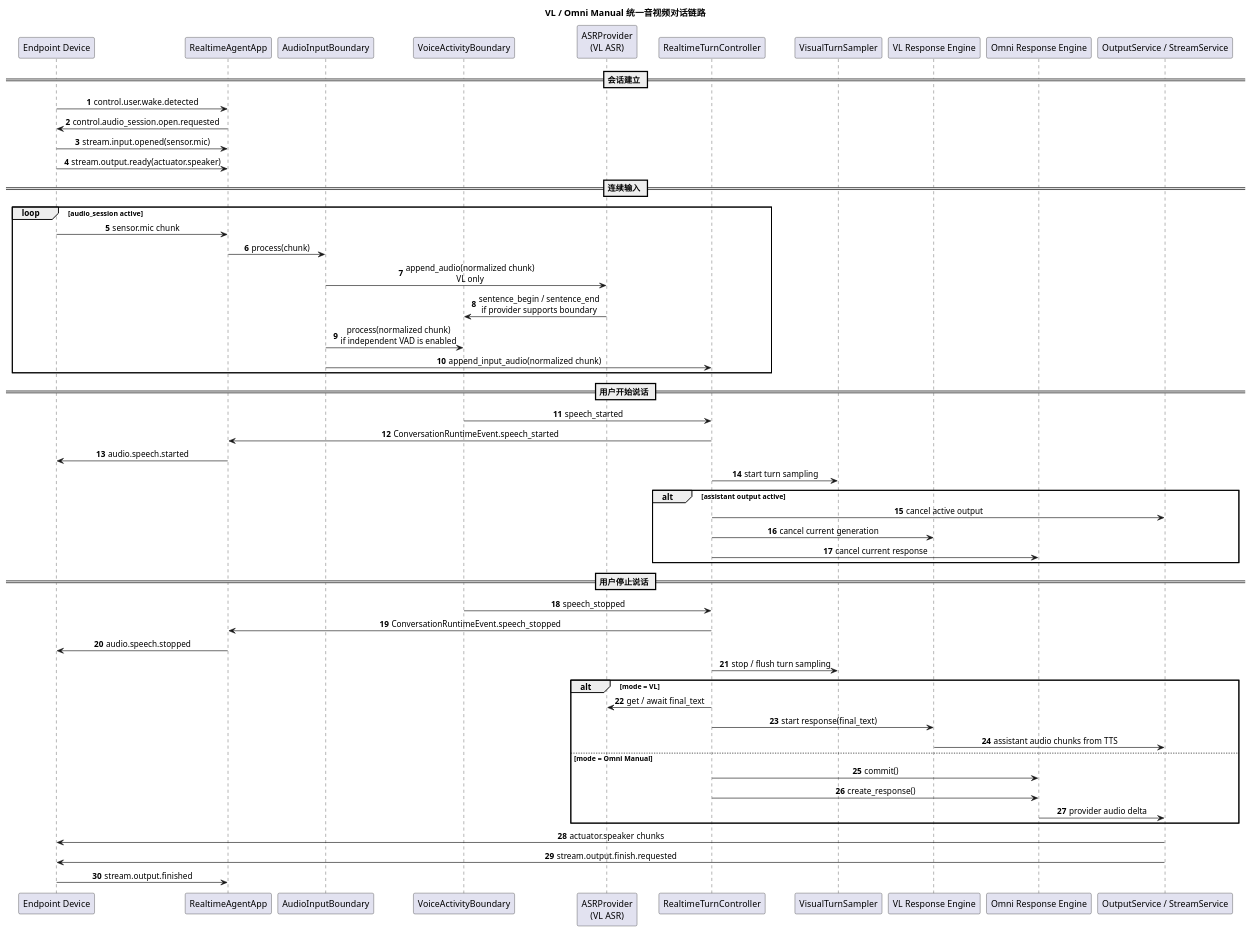
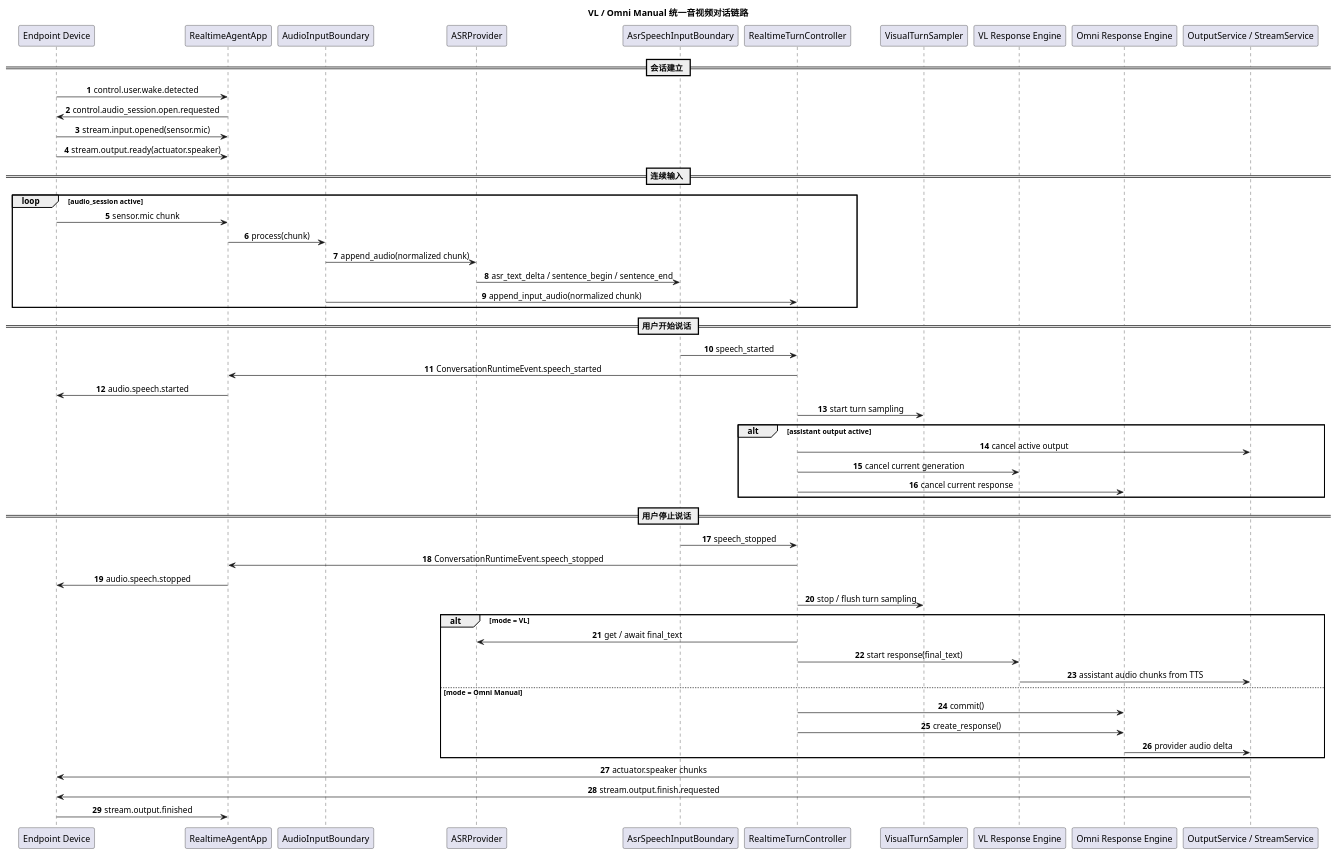
Before and after one commit to HengeLiu/RealtimeAgent: the diagram in agent-server/docs/internal/音视频对话统一链路设计.md, drawn with PlantUML. The commit also changed other lines of this file and 12 other files, not shown here.

````diff
--- a/agent-server/docs/internal/音视频对话统一链路设计.md
+++ b/agent-server/docs/internal/音视频对话统一链路设计.md
@@ -308,68 +282,67 @@
 ```plantuml
 @startuml
 title VL / Omni Manual 统一音视频对话链路
 
 autonumber
 skinparam responseMessageBelowArrow true
 skinparam sequenceMessageAlign center
 
 participant "Endpoint Device" as Device
 participant "RealtimeAgentApp" as App
 participant "AudioInputBoundary" as Audio
-participant "VoiceActivityBoundary" as VAD
-participant "ASRProvider\n(VL ASR)" as ASR
+participant "ASRProvider" as ASR
+participant "AsrSpeechInputBoundary" as Speech
 participant "RealtimeTurnController" as Turn
 participant "VisualTurnSampler" as Visual
 participant "VL Response Engine" as VL
 participant "Omni Response Engine" as Omni
 participant "OutputService / StreamService" as Output
 
 == 会话建立 ==
 Device -> App: control.user.wake.detected
 App -> Device: control.audio_session.open.requested
 Device -> App: stream.input.opened(sensor.mic)
 Device -> App: stream.output.ready(actuator.speaker)
 
 == 连续输入 ==
 loop audio_session active
   Device -> App: sensor.mic chunk
   App -> Audio: process(chunk)
-  Audio -> ASR: append_audio(normalized chunk)\nVL only
-  ASR -> VAD: sentence_begin / sentence_end\nif provider supports boundary
-  Audio -> VAD: process(normalized chunk)\nif independent VAD is enabled
+  Audio -> ASR: append_audio(normalized chunk)
+  ASR -> Speech: asr_text_delta / sentence_begin / sentence_end
   Audio -> Turn: append_input_audio(normalized chunk)
 end
 
 == 用户开始说话 ==
-VAD -> Turn: speech_started
+Speech -> Turn: speech_started
 Turn -> App: ConversationRuntimeEvent.speech_started
 App -> Device: audio.speech.started
 Turn -> Visual: start turn sampling
 alt assistant output active
   Turn -> Output: cancel active output
   Turn -> VL: cancel current generation
   Turn -> Omni: cancel current response
 end
 
 == 用户停止说话 ==
-VAD -> Turn: speech_stopped
+Speech -> Turn: speech_stopped
 Turn -> App: ConversationRuntimeEvent.speech_stopped
 App -> Device: audio.speech.stopped
 Turn -> Visual: stop / flush turn sampling
 
 alt mode = VL
   Turn -> ASR: get / await final_text
   Turn -> VL: start response(final_text)
   VL -> Output: assistant audio chunks from TTS
 else mode = Omni Manual
   Turn -> Omni: commit()
   Turn -> Omni: create_response()
   Omni -> Output: provider audio delta
 end
 
 Output -> Device: actuator.speaker chunks
 Output -> Device: stream.output.finish.requested
 Device -> App: stream.output.finished
 
 @enduml
 ```
````
